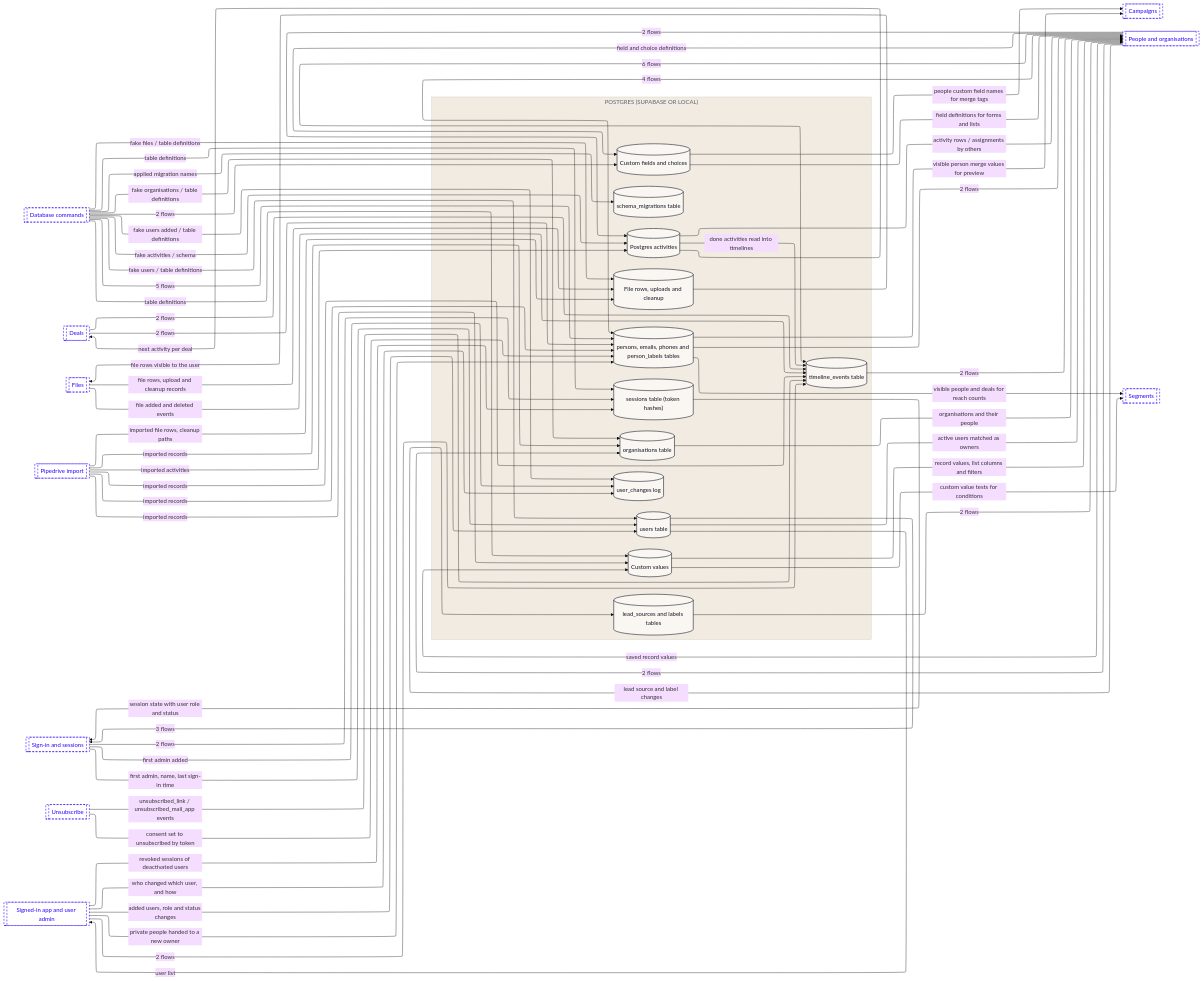
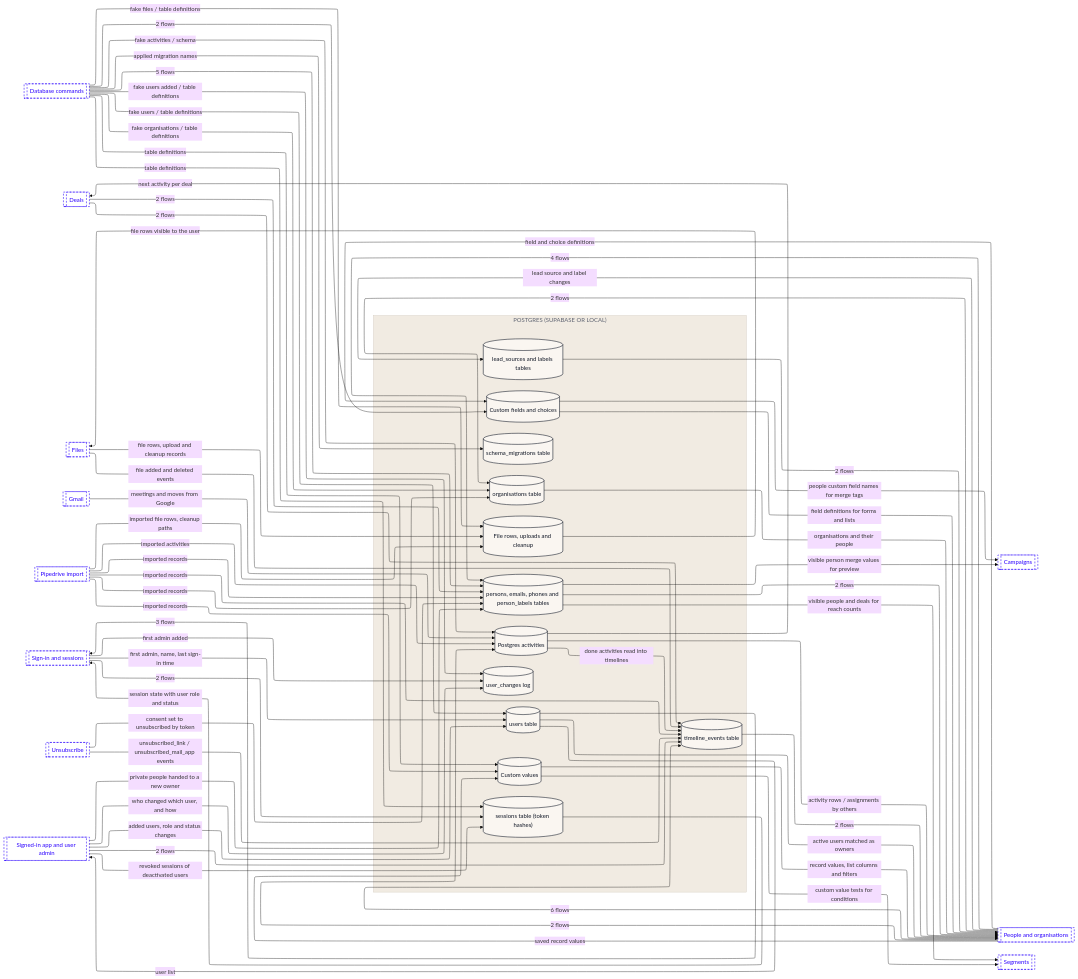
One commit to Romain-Perche/Barnacle-Pipe changed the fourth of 16 diagrams in dataflow/DATAFLOW.md. Above: the diagram before and after it, drawn with Mermaid (base theme). The commit also changed other lines of this file and 5 other files, not shown here.

````diff
--- a/dataflow/DATAFLOW.md
+++ b/dataflow/DATAFLOW.md
@@ -285,30 +293,32 @@
     n14[["Database commands"]]
     n15[["Deals"]]
     n16[["Files"]]
-    n17[["Pipedrive import"]]
-    n18[["People and organisations"]]
-    n19[["Segments"]]
-    n20[["Sign-in and sessions"]]
-    n21[["Unsubscribe"]]
-    n22[["Signed-in app and user admin"]]
-    n18 -->|"2 flows"| n1
-    n18 -->|"4 flows"| n7
-    n1 -->|"activity rows / assignments by others"| n18
+    n17[["Gmail"]]
+    n18[["Pipedrive import"]]
+    n19[["People and organisations"]]
+    n20[["Segments"]]
+    n21[["Sign-in and sessions"]]
+    n22[["Unsubscribe"]]
+    n23[["Signed-in app and user admin"]]
+    n19 -->|"2 flows"| n1
+    n19 -->|"4 flows"| n7
+    n1 -->|"activity rows / assignments by others"| n19
     n1 -->|"next activity per deal"| n15
     n1 -->|"done activities read into timelines"| n10
-    n18 -->|"lead source and label changes"| n2
-    n2 -->|"2 flows"| n18
-    n20 -->|"2 flows"| n9
-    n20 -->|"first admin added"| n11
-    n20 -->|"first admin, name, last sign-in time"| n12
-    n18 -->|"2 flows"| n6
-    n18 -->|"6 flows"| n10
-    n18 -->|"field and choice definitions"| n3
-    n18 -->|"saved record values"| n4
+    n17 -->|"meetings and moves from Google"| n1
+    n19 -->|"lead source and label changes"| n2
+    n2 -->|"2 flows"| n19
+    n21 -->|"2 flows"| n9
+    n21 -->|"first admin added"| n11
+    n21 -->|"first admin, name, last sign-in time"| n12
+    n19 -->|"2 flows"| n6
+    n19 -->|"6 flows"| n10
+    n19 -->|"field and choice definitions"| n3
+    n19 -->|"saved record values"| n4
     n3 -->|"people custom field names for merge tags"| n13
-    n3 -->|"field definitions for forms and lists"| n18
-    n4 -->|"record values, list columns and filters"| n18
-    n4 -->|"custom value tests for conditions"| n19
+    n3 -->|"field definitions for forms and lists"| n19
+    n4 -->|"record values, list columns and filters"| n19
+    n4 -->|"custom value tests for conditions"| n20
     n15 -->|"2 flows"| n7
     n15 -->|"2 flows"| n10
     n16 -->|"file rows, upload and cleanup records"| n5
@@ -324,28 +334,28 @@
     n14 -->|"table definitions"| n9
     n14 -->|"fake users added / table definitions"| n11
     n14 -->|"fake users / table definitions"| n12
-    n6 -->|"organisations and their people"| n18
-    n7 -->|"2 flows"| n18
+    n6 -->|"organisations and their people"| n19
+    n7 -->|"2 flows"| n19
     n7 -->|"visible person merge values for preview"| n13
-    n7 -->|"visible people and deals for reach counts"| n19
-    n17 -->|"imported activities"| n1
-    n17 -->|"imported records"| n4
-    n17 -->|"imported file rows, cleanup paths"| n5
-    n17 -->|"imported records"| n6
-    n17 -->|"imported records"| n7
-    n17 -->|"imported records"| n10
-    n9 -->|"session state with user role and status"| n20
-    n10 -->|"2 flows"| n18
-    n21 -->|"consent set to unsubscribed by token"| n7
-    n21 -->|"unsubscribed_link / unsubscribed_mail_app events"| n10
-    n22 -->|"private people handed to a new owner"| n7
-    n22 -->|"revoked sessions of deactivated users"| n9
-    n22 -->|"2 flows"| n10
-    n22 -->|"who changed which user, and how"| n11
-    n22 -->|"added users, role and status changes"| n12
-    n12 -->|"3 flows"| n20
-    n12 -->|"active users matched as owners"| n18
-    n12 -->|"user list"| n22
+    n7 -->|"visible people and deals for reach counts"| n20
+    n18 -->|"imported activities"| n1
+    n18 -->|"imported records"| n4
+    n18 -->|"imported file rows, cleanup paths"| n5
+    n18 -->|"imported records"| n6
+    n18 -->|"imported records"| n7
+    n18 -->|"imported records"| n10
+    n9 -->|"session state with user role and status"| n21
+    n10 -->|"2 flows"| n19
+    n22 -->|"consent set to unsubscribed by token"| n7
+    n22 -->|"unsubscribed_link / unsubscribed_mail_app events"| n10
+    n23 -->|"private people handed to a new owner"| n7
+    n23 -->|"revoked sessions of deactivated users"| n9
+    n23 -->|"2 flows"| n10
+    n23 -->|"who changed which user, and how"| n11
+    n23 -->|"added users, role and status changes"| n12
+    n12 -->|"3 flows"| n21
+    n12 -->|"active users matched as owners"| n19
+    n12 -->|"user list"| n23
     classDef actor fill:#FFFFFF,stroke:#111827,stroke-width:1px,color:#111827
     classDef process fill:#EDEAFF,stroke:#2B00FF,stroke-width:1.5px,color:#111827
     classDef store fill:#FAF6F1,stroke:#111827,stroke-width:1.5px,color:#111827
@@ -353,6 +363,6 @@
     classDef group fill:#2B00FF,stroke:#2B00FF,color:#FFFFFF
     classDef stub fill:#FFFFFF,stroke:#2B00FF,stroke-width:1.5px,stroke-dasharray:5 4,color:#2B00FF
     class n1,n2,n3,n4,n5,n6,n7,n8,n9,n10,n11,n12 store
-    class n13,n14,n15,n16,n17,n18,n19,n20,n21,n22 stub
+    class n13,n14,n15,n16,n17,n18,n19,n20,n21,n22,n23 stub
     style z1 fill:#F1EBE2,stroke:#CFC7BB,color:#5D6270
 ```
````
